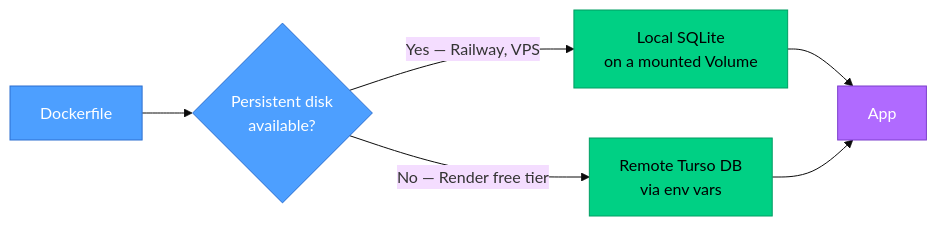
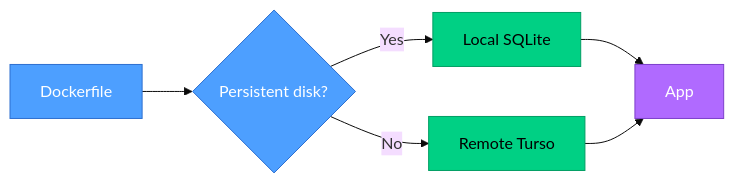
One commit to Nikros07/Apex-Capital changed the second of 2 diagrams in README.md. Above: the diagram before and after it, drawn with Mermaid (base theme). The commit also changed other lines of this file, not shown here.

````diff
--- a/README.md
+++ b/README.md
@@ -168,15 +161,15 @@
 ```mermaid
 flowchart LR
-    A[Dockerfile] --> B{Persistent disk<br/>available?}
-    B -->|Yes — Railway, VPS| C[Local SQLite<br/>on a mounted Volume]
-    B -->|No — Render free tier| D[Remote Turso DB<br/>via env vars]
+    A[Dockerfile] --> B{Persistent disk?}
+    B -->|Yes| C[Local SQLite]
+    B -->|No| D[Remote Turso]
     C --> E[App]
-    D --> E[App]
+    D --> E
 
     classDef host fill:#4d9fff,stroke:#2d6fd0,color:#fff
     classDef db fill:#00d084,stroke:#009e63,color:#000
     classDef app fill:#b06aff,stroke:#7d3fcc,color:#fff
     class A,B host
     class C,D db
     class E app
 ```
````
